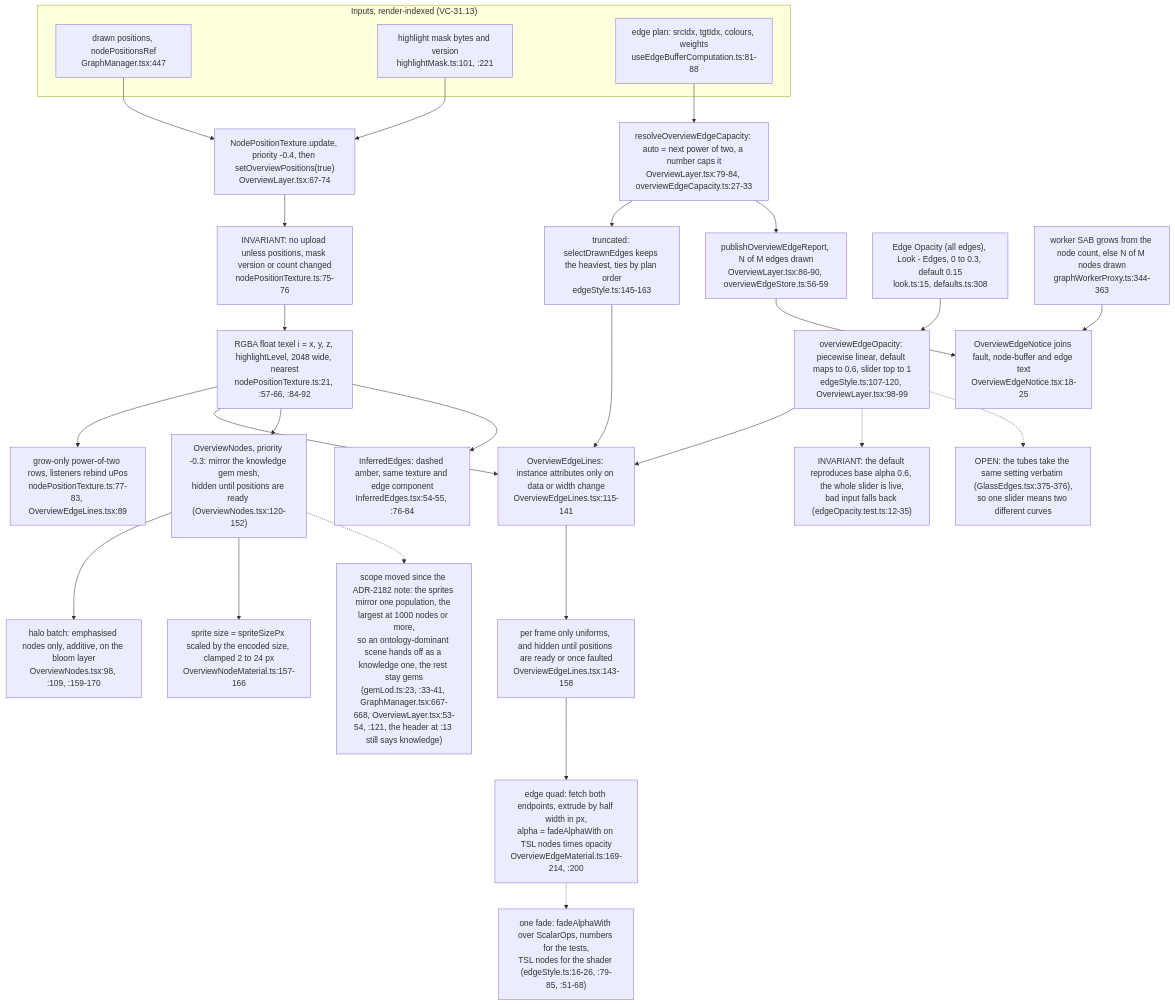
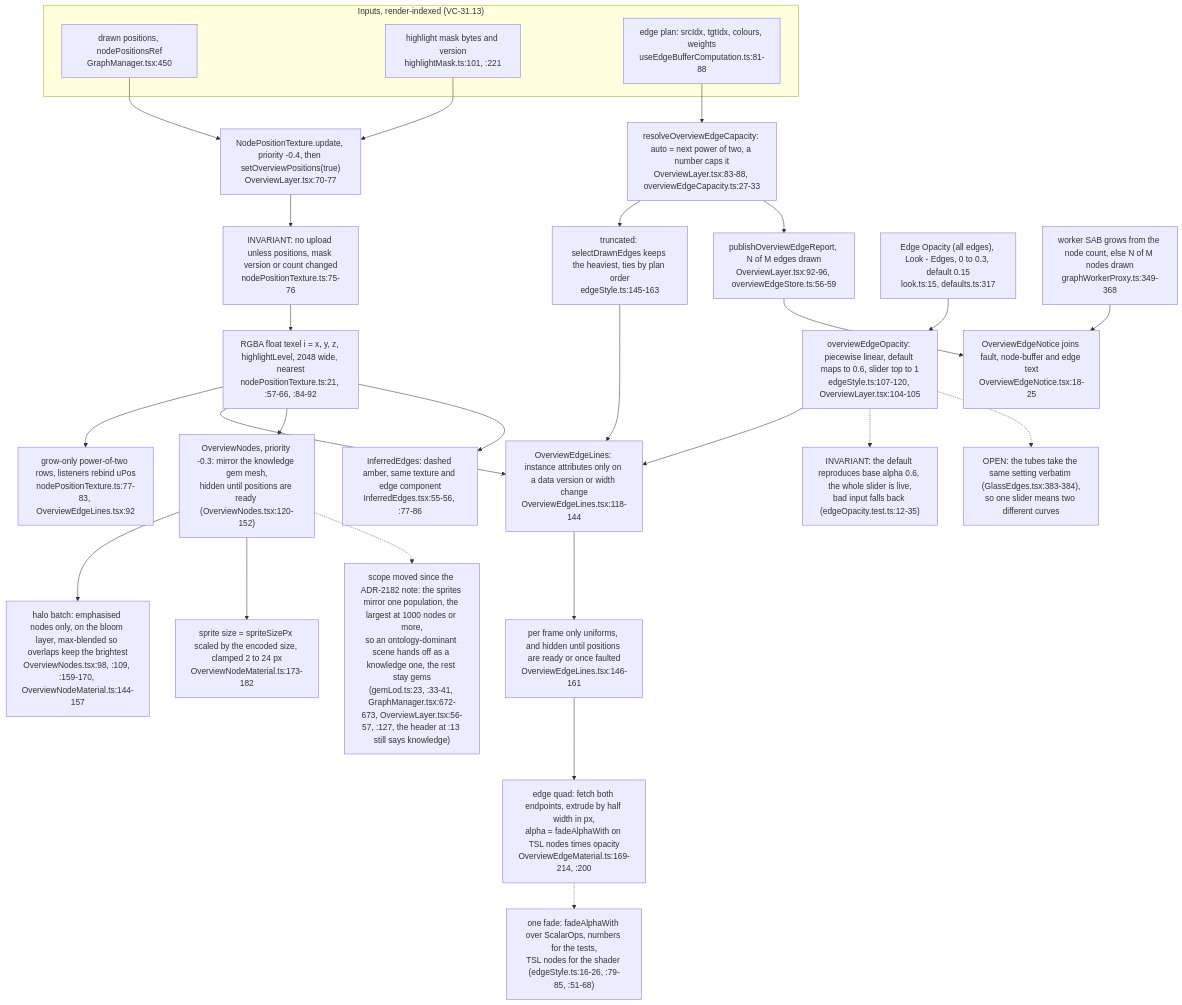
Diagram 12 of 15 in docs/diagrams/visionclaw/31-client-graph-render-pipeline.md (DreamLab-AI/VisionFlow), drawn with Mermaid before and after one commit. The commit also changed other lines of this file and 7 other files, not shown here.

First line of the commit message:
diagrams(visionclaw): re-verify VC-25..28 and VC-30..33 at visionclaw 4900ec60b, agentbox 59b1aca1c

````diff
--- a/docs/diagrams/visionclaw/31-client-graph-render-pipeline.md
+++ b/docs/diagrams/visionclaw/31-client-graph-render-pipeline.md
@@ -676,32 +676,32 @@
 ```mermaid
 flowchart TB
     subgraph SRC["Inputs, render-indexed (VC-31.13)"]
-        DRAWN["drawn positions, nodePositionsRef<br/>GraphManager.tsx:447"]
+        DRAWN["drawn positions, nodePositionsRef<br/>GraphManager.tsx:450"]
         MASK["highlight mask bytes and version<br/>highlightMask.ts:101, :221"]
         PLAN["edge plan: srcIdx, tgtIdx, colours, weights<br/>useEdgeBufferComputation.ts:81-88"]
     end
-    DRAWN --> TEX["NodePositionTexture.update, priority -0.4, then setOverviewPositions(true)<br/>OverviewLayer.tsx:67-74"]
+    DRAWN --> TEX["NodePositionTexture.update, priority -0.4, then setOverviewPositions(true)<br/>OverviewLayer.tsx:70-77"]
     MASK --> TEX
     TEX --> SKIP["INVARIANT: no upload unless positions, mask version or count changed<br/>nodePositionTexture.ts:75-76"]
     SKIP --> FILL["RGBA float texel i = x, y, z, highlightLevel, 2048 wide, nearest<br/>nodePositionTexture.ts:21, :57-66, :84-92"]
-    FILL --> GROW["grow-only power-of-two rows, listeners rebind uPos<br/>nodePositionTexture.ts:77-83, OverviewEdgeLines.tsx:89"]
-    PLAN --> CAPN["resolveOverviewEdgeCapacity: auto = next power of two, a number caps it<br/>OverviewLayer.tsx:79-84, overviewEdgeCapacity.ts:27-33"]
+    FILL --> GROW["grow-only power-of-two rows, listeners rebind uPos<br/>nodePositionTexture.ts:77-83, OverviewEdgeLines.tsx:92"]
+    PLAN --> CAPN["resolveOverviewEdgeCapacity: auto = next power of two, a number caps it<br/>OverviewLayer.tsx:83-88, overviewEdgeCapacity.ts:27-33"]
     CAPN --> PICK["truncated: selectDrawnEdges keeps the heaviest, ties by plan order<br/>edgeStyle.ts:145-163"]
-    CAPN --> REP["publishOverviewEdgeReport, N of M edges drawn<br/>OverviewLayer.tsx:86-90, overviewEdgeStore.ts:56-59"]
-    PICK --> EL["OverviewEdgeLines: instance attributes only on data or width change<br/>OverviewEdgeLines.tsx:115-141"]
+    CAPN --> REP["publishOverviewEdgeReport, N of M edges drawn<br/>OverviewLayer.tsx:92-96, overviewEdgeStore.ts:56-59"]
+    PICK --> EL["OverviewEdgeLines: instance attributes only on a data version or width change<br/>OverviewEdgeLines.tsx:118-144"]
     FILL --> EL
-    SET["Edge Opacity (all edges), Look - Edges, 0 to 0.3, default 0.15<br/>look.ts:15, defaults.ts:308"] --> OPA["overviewEdgeOpacity: piecewise linear, default maps to 0.6, slider top to 1<br/>edgeStyle.ts:107-120, OverviewLayer.tsx:98-99"]
+    SET["Edge Opacity (all edges), Look - Edges, 0 to 0.3, default 0.15<br/>look.ts:15, defaults.ts:317"] --> OPA["overviewEdgeOpacity: piecewise linear, default maps to 0.6, slider top to 1<br/>edgeStyle.ts:107-120, OverviewLayer.tsx:104-105"]
     OPA --> EL
     OPA -.-> I2["INVARIANT: the default reproduces base alpha 0.6, the whole slider is live,<br/>bad input falls back (edgeOpacity.test.ts:12-35)"]
-    EL --> EUN["per frame only uniforms, and hidden until positions are ready or once faulted<br/>OverviewEdgeLines.tsx:143-158"]
+    EL --> EUN["per frame only uniforms, and hidden until positions are ready or once faulted<br/>OverviewEdgeLines.tsx:146-161"]
     EUN --> EMAT["edge quad: fetch both endpoints, extrude by half width in px,<br/>alpha = fadeAlphaWith on TSL nodes times opacity<br/>OverviewEdgeMaterial.ts:169-214, :200"]
     EMAT -.-> ONE["one fade: fadeAlphaWith over ScalarOps, numbers for the tests,<br/>TSL nodes for the shader (edgeStyle.ts:16-26, :79-85, :51-68)"]
     FILL --> NODES["OverviewNodes, priority -0.3: mirror the knowledge gem mesh,<br/>hidden until positions are ready (OverviewNodes.tsx:120-152)"]
-    NODES --> HALO["halo batch: emphasised nodes only, additive, on the bloom layer<br/>OverviewNodes.tsx:98, :109, :159-170"]
-    NODES --> NMAT["sprite size = spriteSizePx scaled by the encoded size, clamped 2 to 24 px<br/>OverviewNodeMaterial.ts:157-166"]
-    FILL --> INF["InferredEdges: dashed amber, same texture and edge component<br/>InferredEdges.tsx:54-55, :76-84"]
+    NODES --> HALO["halo batch: emphasised nodes only, on the bloom layer, max-blended so overlaps keep the brightest<br/>OverviewNodes.tsx:98, :109, :159-170, OverviewNodeMaterial.ts:144-157"]
+    NODES --> NMAT["sprite size = spriteSizePx scaled by the encoded size, clamped 2 to 24 px<br/>OverviewNodeMaterial.ts:173-182"]
+    FILL --> INF["InferredEdges: dashed amber, same texture and edge component<br/>InferredEdges.tsx:55-56, :77-86"]
     REP --> NOTICE["OverviewEdgeNotice joins fault, node-buffer and edge text<br/>OverviewEdgeNotice.tsx:18-25"]
-    WRK["worker SAB grows from the node count, else N of M nodes drawn<br/>graphWorkerProxy.ts:344-363"] --> NOTICE
-    NODES -.-> O1["scope moved since the ADR-2182 note: the sprites mirror one population, the largest at 1000 nodes or more,<br/>so an ontology-dominant scene hands off as a knowledge one, the rest stay gems<br/>(gemLod.ts:23, :33-41, GraphManager.tsx:667-668, OverviewLayer.tsx:53-54, :121, the header at :13 still says knowledge)"]
-    OPA -.-> O2["OPEN: the tubes take the same setting verbatim (GlassEdges.tsx:375-376),<br/>so one slider means two different curves"]
+    WRK["worker SAB grows from the node count, else N of M nodes drawn<br/>graphWorkerProxy.ts:349-368"] --> NOTICE
+    NODES -.-> O1["scope moved since the ADR-2182 note: the sprites mirror one population, the largest at 1000 nodes or more,<br/>so an ontology-dominant scene hands off as a knowledge one, the rest stay gems<br/>(gemLod.ts:23, :33-41, GraphManager.tsx:672-673, OverviewLayer.tsx:56-57, :127, the header at :13 still says knowledge)"]
+    OPA -.-> O2["OPEN: the tubes take the same setting verbatim (GlassEdges.tsx:383-384),<br/>so one slider means two different curves"]
 ```
````
